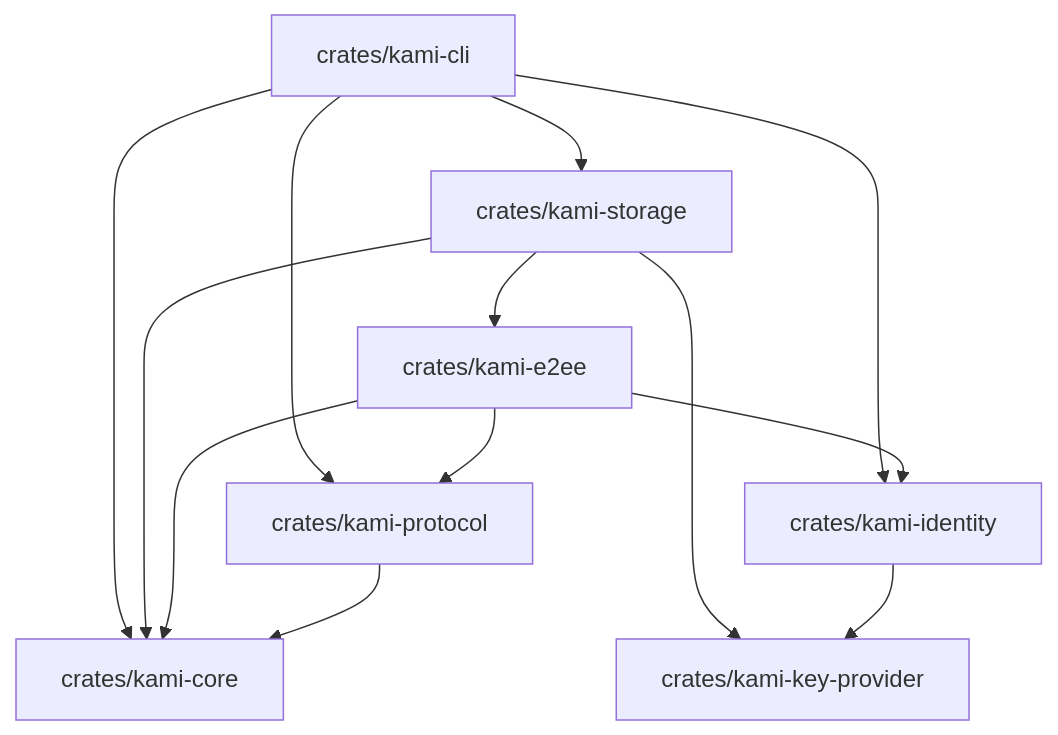
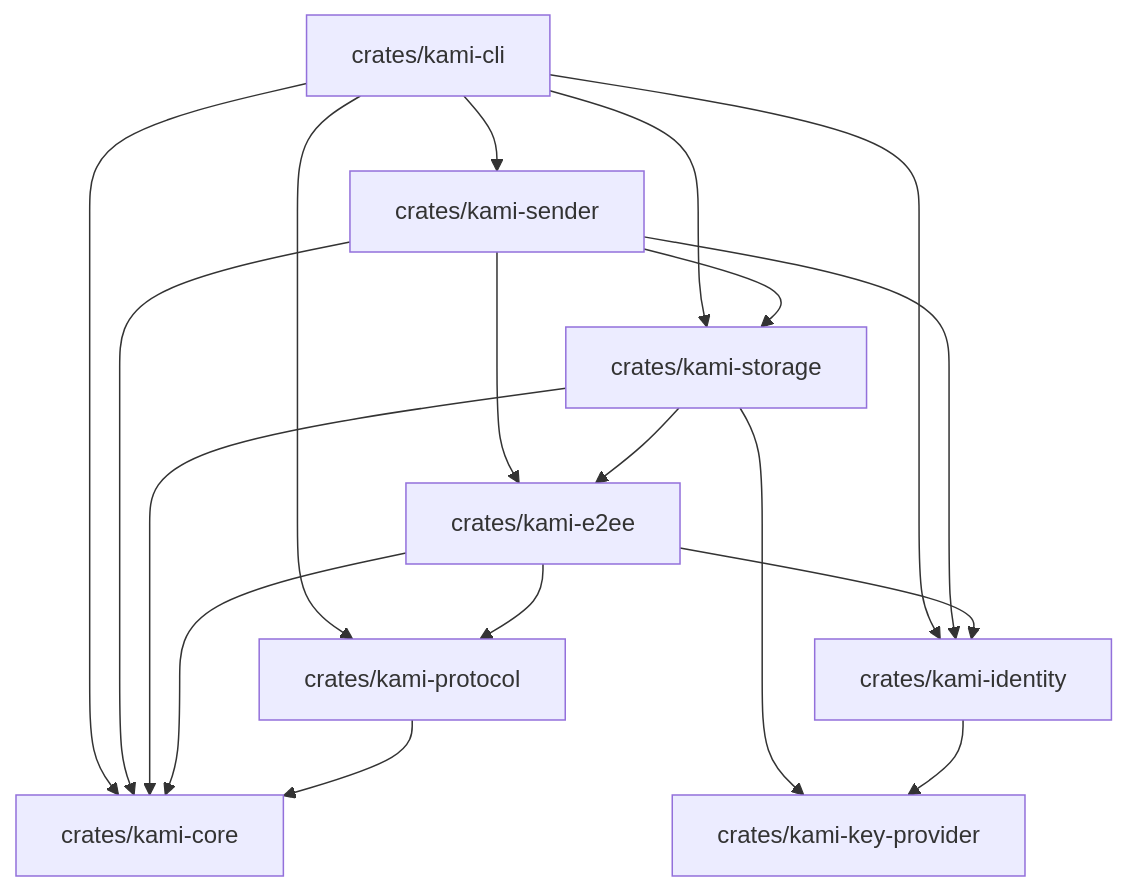
The diagram in knowledge/Code Analyzing/Code Analysis Home.md (PraxiSophia/kami), drawn with Mermaid before and after one commit. The commit also changed other lines of this file and 32 other files, not shown here.

````diff
--- a/knowledge/Code Analyzing/Code Analysis Home.md
+++ b/knowledge/Code Analyzing/Code Analysis Home.md
@@ -73,18 +83,24 @@
 ```mermaid
 graph TD
     CLI[crates/kami-cli] --> CORE[crates/kami-core]
     CLI --> PROTO[crates/kami-protocol]
     CLI --> STORAGE[crates/kami-storage]
     CLI --> IDENTITY[crates/kami-identity]
+    CLI --> SENDER[crates/kami-sender]
+
+    SENDER --> CORE
+    SENDER --> STORAGE
+    SENDER --> E2EE[crates/kami-e2ee]
+    SENDER --> IDENTITY
 
     STORAGE --> CORE
     STORAGE --> KEYPROV[crates/kami-key-provider]
-    STORAGE --> E2EE[crates/kami-e2ee]
+    STORAGE --> E2EE
 
     E2EE --> CORE
     E2EE --> IDENTITY
     E2EE --> PROTO
 
     IDENTITY --> KEYPROV
     PROTO --> CORE
 ```
````
